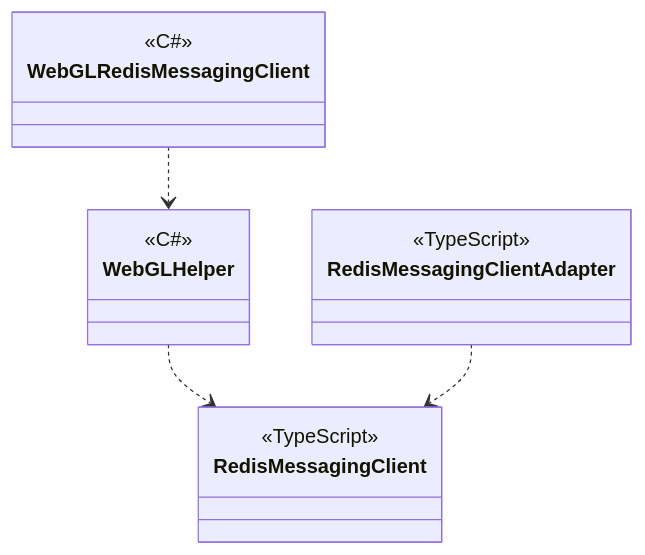
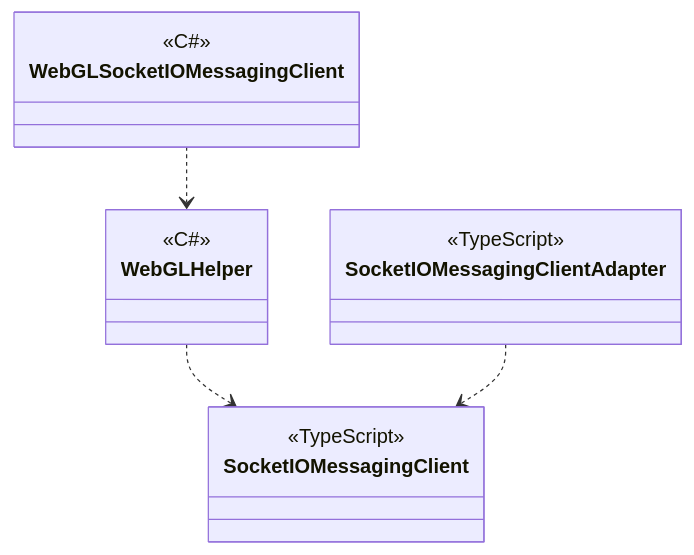
One commit to extreal-dev/Extreal.Guide changed the third of 3 diagrams in docs/integration/messaging.md. Above: the diagram before and after it, drawn with Mermaid. The commit also changed other lines of this file and 1 other file, not shown here.

Commit message:
Rename Redis to Socket.IO

````diff
--- a/docs/integration/messaging.md
+++ b/docs/integration/messaging.md
@@ -128,23 +128,23 @@
 ```mermaid
 classDiagram
 
-    WebGLRedisMessagingClient ..> WebGLHelper
-    WebGLHelper ..> RedisMessagingClient
-    RedisMessagingClientAdapter ..> RedisMessagingClient
+    WebGLSocketIOMessagingClient ..> WebGLHelper
+    WebGLHelper ..> SocketIOMessagingClient
+    SocketIOMessagingClientAdapter ..> SocketIOMessagingClient
     
     class WebGLHelper {
         <<C#>>
     }
 
-    class WebGLRedisMessagingClient {
+    class WebGLSocketIOMessagingClient {
         <<C#>>
     }
 
-    class RedisMessagingClientAdapter {
+    class SocketIOMessagingClientAdapter {
         <<TypeScript>>
     }
     
-    class RedisMessagingClient {
+    class SocketIOMessagingClient {
         <<TypeScript>>
     }
 ```
````
